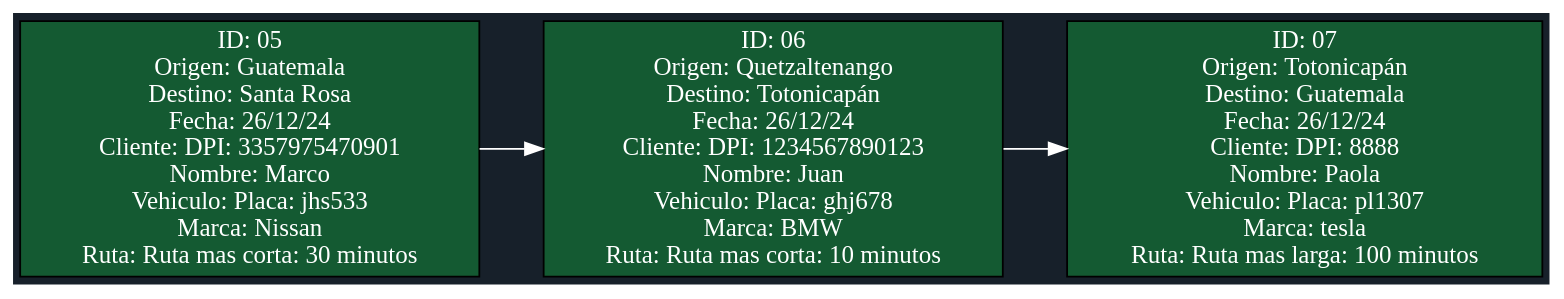
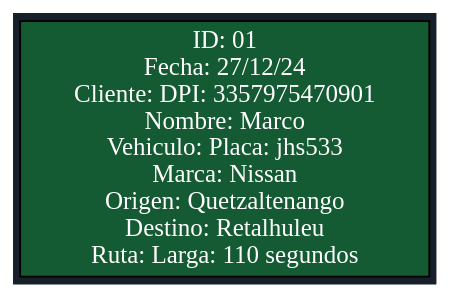
Before and after one commit to Marco131-xel/Edd_Proyecto2: the diagram in Rapidito/Lista_Viajes.dot, drawn with Graphviz. The commit also changed 15 other files, not shown here.

```diff
--- a/Rapidito/Lista_Viajes.dot
+++ b/Rapidito/Lista_Viajes.dot
@@ -1,11 +1,7 @@
 digraph G {
 rankdir=LR;
 bgcolor="#17202a";
 node [shape=record, style=filled, fillcolor="#145a32", fontcolor="white"];
 edge [color="white"];
-nodo0 [label="ID: 05\nOrigen: Guatemala\nDestino: Santa Rosa\nFecha: 26/12/24\nCliente: DPI: 3357975470901\nNombre:  Marco\nVehiculo: Placa: jhs533\nMarca: Nissan\nRuta: Ruta mas corta: 30 minutos"];
-nodo1 [label="ID: 06\nOrigen: Quetzaltenango\nDestino: Totonicapán\nFecha: 26/12/24\nCliente: DPI: 1234567890123\nNombre:  Juan\nVehiculo: Placa: ghj678\nMarca: BMW\nRuta: Ruta mas corta: 10 minutos"];
-nodo2 [label="ID: 07\nOrigen: Totonicapán\nDestino: Guatemala\nFecha: 26/12/24\nCliente: DPI: 8888\nNombre: Paola\nVehiculo: Placa: pl1307\nMarca: tesla\nRuta: Ruta mas larga: 100 minutos"];
-nodo0 -> nodo1;
-nodo1 -> nodo2;
+nodo0 [label="ID: 01\nFecha: 27/12/24\nCliente: DPI: 3357975470901\nNombre:  Marco\nVehiculo: Placa: jhs533\nMarca: Nissan\nOrigen: Quetzaltenango\nDestino: Retalhuleu\nRuta: Larga: 110 segundos"];
 }
```
